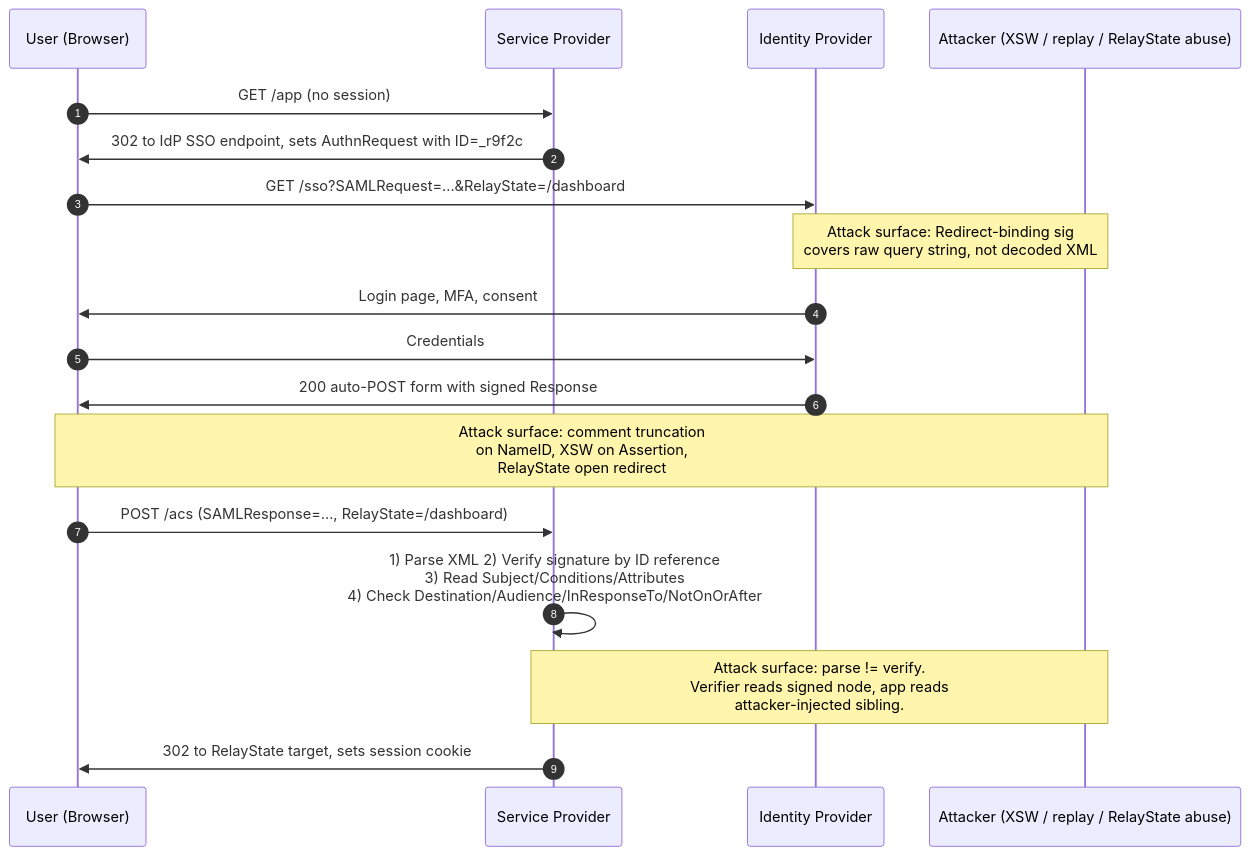
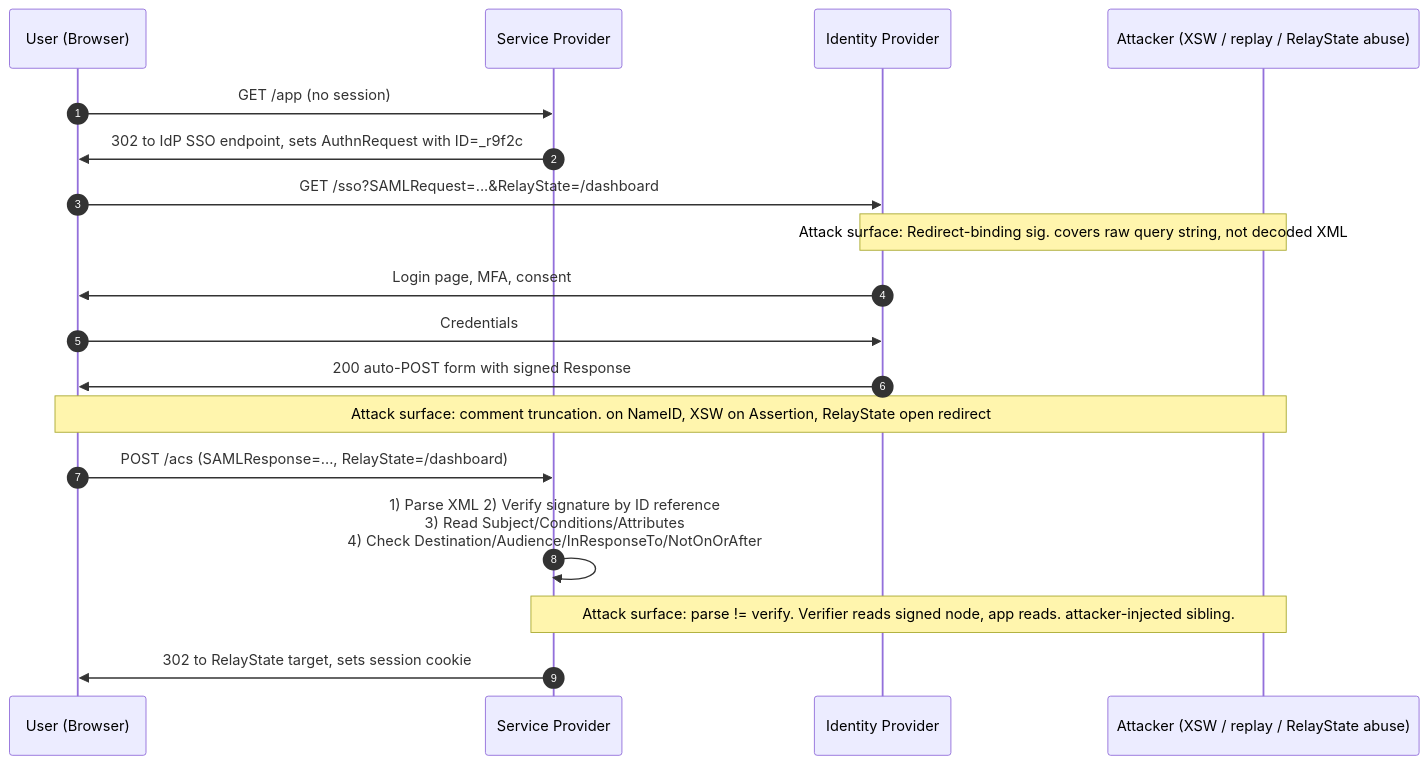
One commit to rcha0s/awesome-appsec-interview changed the diagram in docs/68-saml.md. Above: the diagram before and after it, drawn with Mermaid. The commit also changed 15 other files, not shown here.

First line of the commit message:
fix(mermaid): replace <br/> in sequenceDiagram Note statements to fix GitHub parse errors

````diff
--- a/docs/68-saml.md
+++ b/docs/68-saml.md
@@ -100,21 +100,21 @@
 ```mermaid
 sequenceDiagram
     autonumber
     participant U as User (Browser)
     participant SP as Service Provider
     participant IdP as Identity Provider
     participant A as Attacker (XSW / replay / RelayState abuse)
 
     U->>SP: GET /app (no session)
     SP->>U: 302 to IdP SSO endpoint, sets AuthnRequest with ID=_r9f2c
     U->>IdP: GET /sso?SAMLRequest=...&RelayState=/dashboard
-    Note over A,IdP: Attack surface: Redirect-binding sig<br/>covers raw query string, not decoded XML
+    Note over A,IdP: Attack surface: Redirect-binding sig. covers raw query string, not decoded XML
     IdP->>U: Login page, MFA, consent
     U->>IdP: Credentials
     IdP->>U: 200 auto-POST form with signed Response
-    Note over A,U: Attack surface: comment truncation<br/>on NameID, XSW on Assertion,<br/>RelayState open redirect
+    Note over A,U: Attack surface: comment truncation. on NameID, XSW on Assertion, RelayState open redirect
     U->>SP: POST /acs (SAMLResponse=..., RelayState=/dashboard)
     SP->>SP: 1) Parse XML  2) Verify signature by ID reference<br/>3) Read Subject/Conditions/Attributes<br/>4) Check Destination/Audience/InResponseTo/NotOnOrAfter
-    Note over SP,A: Attack surface: parse != verify.<br/>Verifier reads signed node, app reads<br/>attacker-injected sibling.
+    Note over SP,A: Attack surface: parse != verify. Verifier reads signed node, app reads. attacker-injected sibling.
     SP->>U: 302 to RelayState target, sets session cookie
 ```
````
